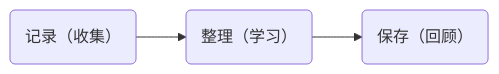
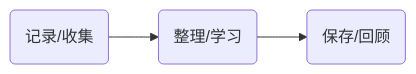
One commit to tourcoder/tourcoder changed the diagram in content/post/a-note-app.md. Above: the diagram before and after it, drawn with Mermaid.

Commit message:
更新笔记

```diff
--- a/content/post/a-note-app.md
+++ b/content/post/a-note-app.md
@@ -16,4 +16,4 @@
 {{<mermaid>}}
 graph LR
-A(记录（收集）)-->B(整理（学习）)-->C(保存（回顾）)
+A(记录/收集)-->B(整理/学习)-->C(保存/回顾)
 {{</mermaid>}}
```
